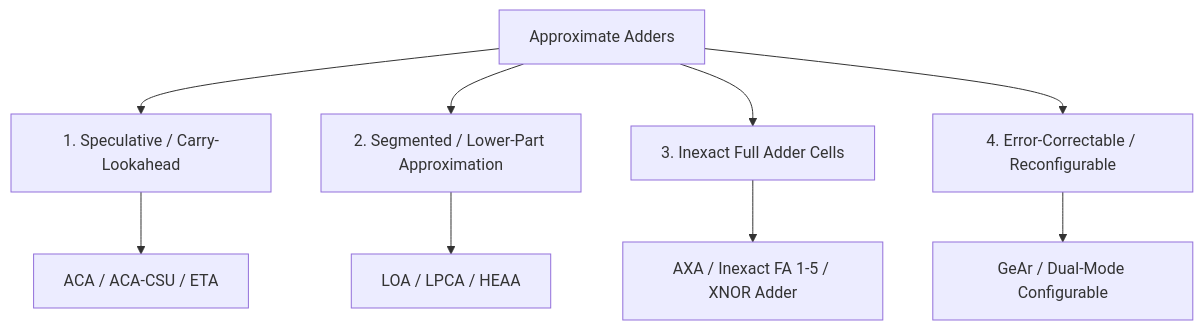
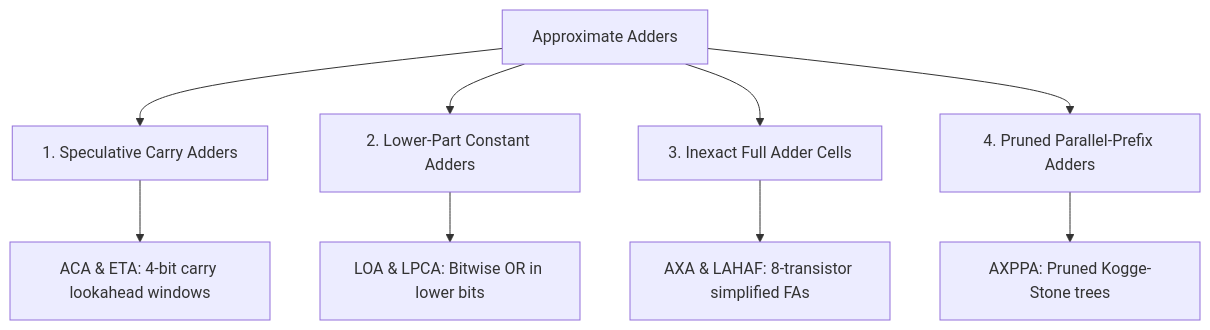
One commit to Inexact-Computing/public changed the diagram in docs/taxonomy/adders.md. Above: the diagram before and after it, drawn with Mermaid. The commit also changed other lines of this file and 19 other files, not shown here.

````diff
--- a/docs/taxonomy/adders.md
+++ b/docs/taxonomy/adders.md
@@ -9,12 +38,12 @@
 ```mermaid
 graph TD
-    A[Approximate Adders] --> S1[1. Speculative / Carry-Lookahead]
-    A --> S2[2. Segmented / Lower-Part Approximation]
+    A[Approximate Adders] --> S1[1. Speculative Carry Adders]
+    A --> S2[2. Lower-Part Constant Adders]
     A --> S3[3. Inexact Full Adder Cells]
-    A --> S4[4. Error-Correctable / Reconfigurable]
+    A --> S4[4. Pruned Parallel-Prefix Adders]
 
-    S1 --> D1[ACA / ACA-CSU / ETA]
-    S2 --> D2[LOA / LPCA / HEAA]
-    S3 --> D3[AXA / Inexact FA 1-5 / XNOR Adder]
-    S4 --> D4[GeAr / Dual-Mode Configurable]
+    S1 --> D1[ACA & ETA: 4-bit carry lookahead windows]
+    S2 --> D2[LOA & LPCA: Bitwise OR in lower bits]
+    S3 --> D3[AXA & LAHAF: 8-transistor simplified FAs]
+    S4 --> D4[AXPPA: Pruned Kogge-Stone trees]
 ```
````
